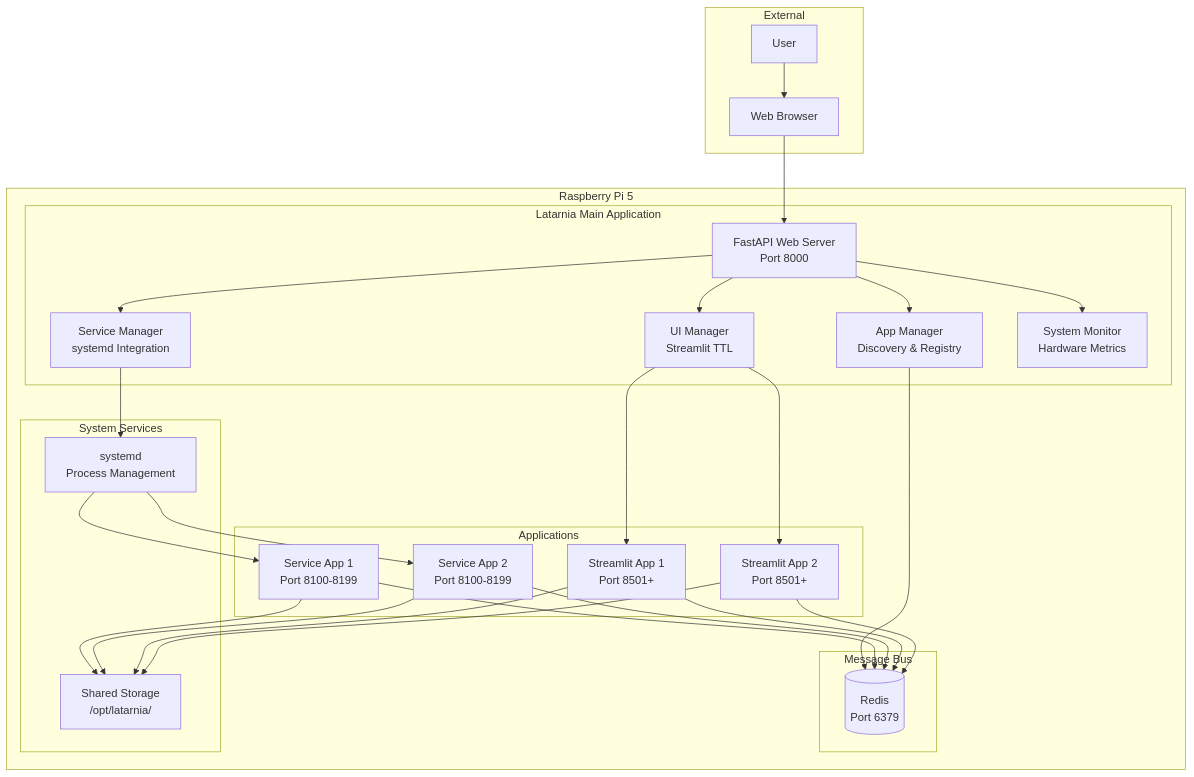
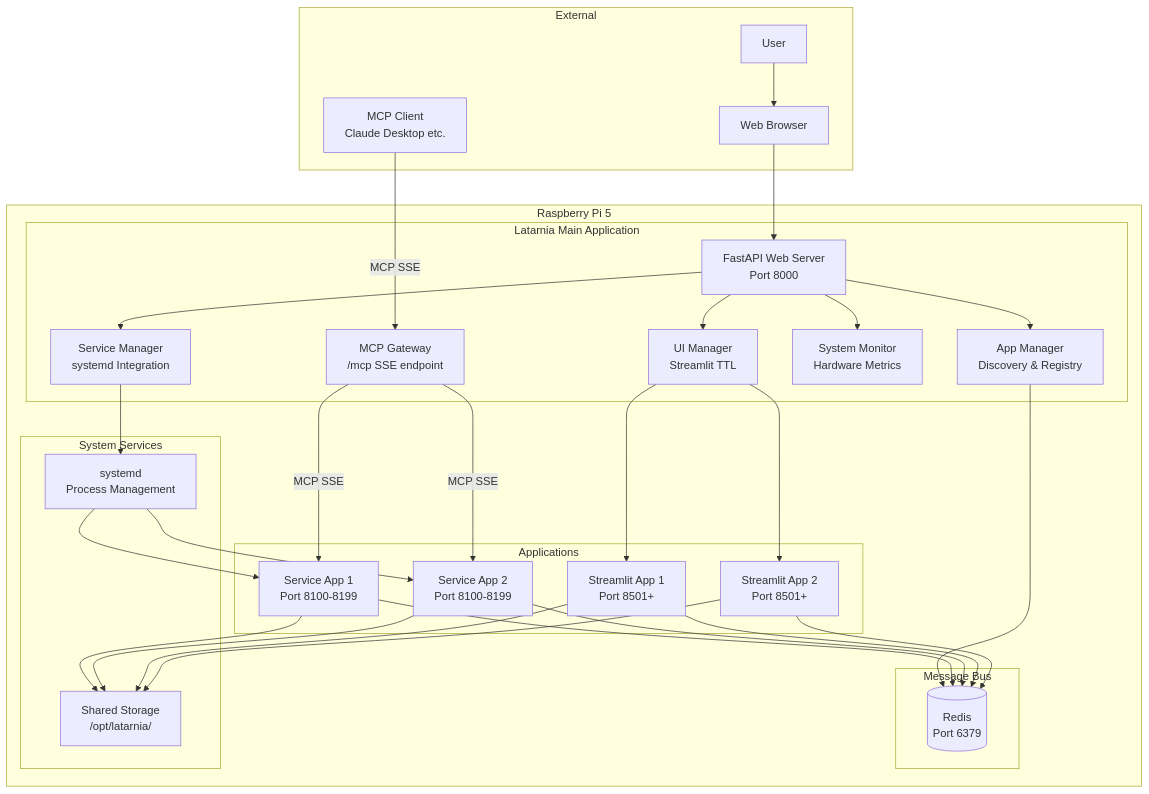
The first of 6 diagrams in docs/System/architecture.md (felipe-stanham/HomeHelper), drawn with Mermaid before and after one commit. The commit also changed other lines of this file and 2 other files, not shown here.

First line of the commit message:
Update system docs for MCP Gateway (P-0002 Scope 6)

````diff
--- a/docs/System/architecture.md
+++ b/docs/System/architecture.md
@@ -7,58 +7,64 @@
 ```mermaid
 graph TB
     subgraph "Raspberry Pi 5"
         subgraph "Latarnia Main Application"
             FastAPI[FastAPI Web Server<br/>Port 8000]
             AppMgr[App Manager<br/>Discovery & Registry]
             SvcMgr[Service Manager<br/>systemd Integration]
             UIMgr[UI Manager<br/>Streamlit TTL]
             SysMon[System Monitor<br/>Hardware Metrics]
+            MCPGateway[MCP Gateway<br/>/mcp SSE endpoint]
         end
         
         subgraph "Message Bus"
             Redis[(Redis<br/>Port 6379)]
         end
         
         subgraph "Applications"
             SvcApp1[Service App 1<br/>Port 8100-8199]
             SvcApp2[Service App 2<br/>Port 8100-8199]
             StreamlitApp1[Streamlit App 1<br/>Port 8501+]
             StreamlitApp2[Streamlit App 2<br/>Port 8501+]
         end
         
         subgraph "System Services"
             systemd[systemd<br/>Process Management]
             FileSystem[Shared Storage<br/>/opt/latarnia/]
         end
     end
     
     subgraph "External"
         Browser[Web Browser]
+        MCPClient[MCP Client<br/>Claude Desktop etc.]
         User[User]
     end
     
     User --> Browser
     Browser --> FastAPI
+    MCPClient -->|MCP SSE| MCPGateway
     FastAPI --> AppMgr
     FastAPI --> SvcMgr
     FastAPI --> UIMgr
     FastAPI --> SysMon
     
     AppMgr --> Redis
     SvcMgr --> systemd
     UIMgr --> StreamlitApp1
     UIMgr --> StreamlitApp2
+
+    MCPGateway -->|MCP SSE| SvcApp1
+    MCPGateway -->|MCP SSE| SvcApp2
     
     systemd --> SvcApp1
     systemd --> SvcApp2
     
     SvcApp1 --> Redis
     SvcApp2 --> Redis
     StreamlitApp1 --> Redis
     StreamlitApp2 --> Redis
     
     SvcApp1 --> FileSystem
     SvcApp2 --> FileSystem
     StreamlitApp1 --> FileSystem
     StreamlitApp2 --> FileSystem
 ```
````
